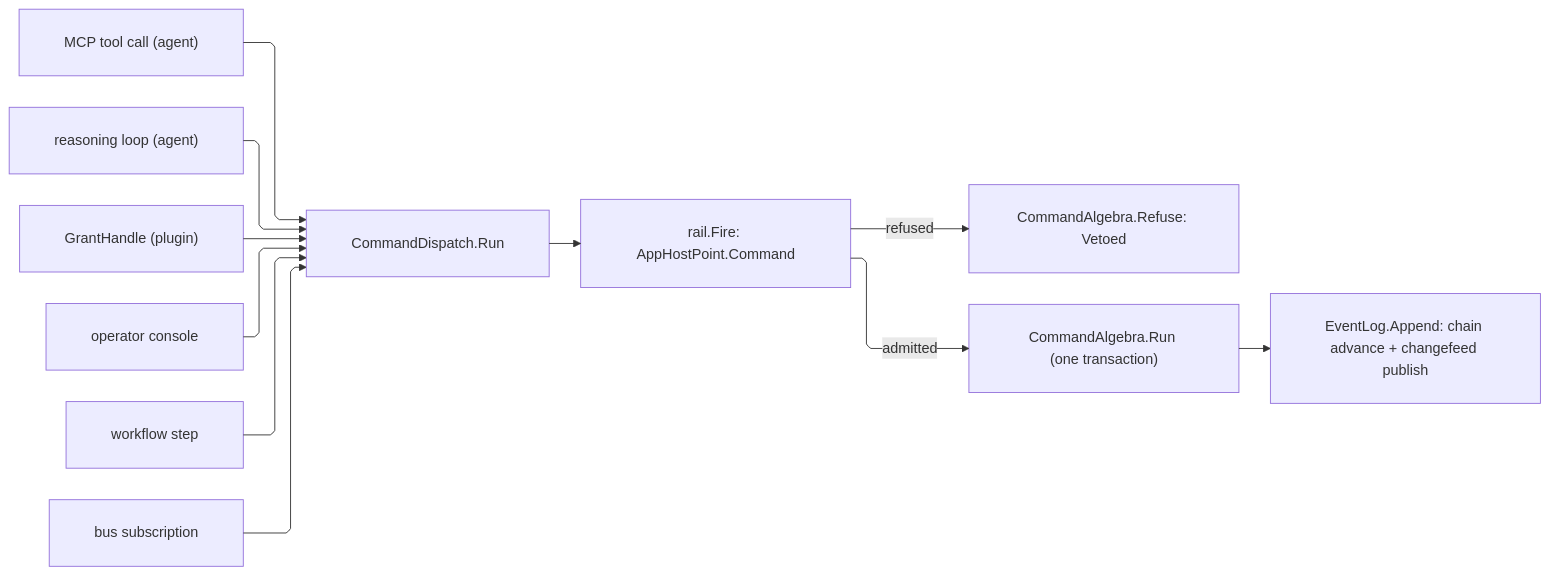
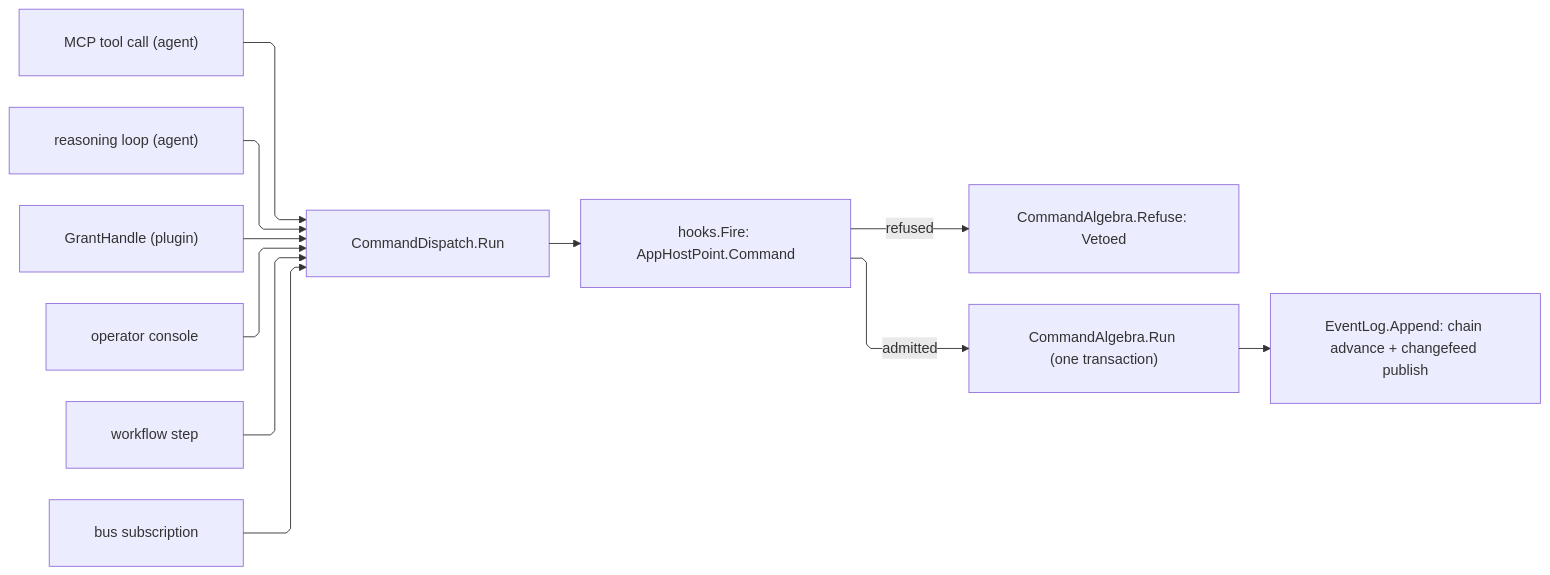
The diagram in libs/dotnet/Rasm.AppHost/.planning/Agent/runtime.md (bsamiee/Rasm), drawn with Mermaid before and after one commit. The commit also changed other lines of this file and 1997 other files, not shown here.

First line of the commit message:
docs: rename rail to result and seam to boundary across the corpus

````diff
--- a/libs/dotnet/Rasm.AppHost/.planning/Agent/runtime.md
+++ b/libs/dotnet/Rasm.AppHost/.planning/Agent/runtime.md
@@ -101,22 +101,22 @@
 ```mermaid
 ---
 config:
   layout: elk
   flowchart:
     curve: linear
     padding: 25
 ---
 flowchart LR
     accTitle: One command-dispatch front door, one veto, one chain
-    accDescr: Every caller invokes CommandDispatch.Run; the hook rail vetoes or transforms the intent, the command algebra owns the transaction, and a committed result chains into the one event log while publishing through the changefeed port.
+    accDescr: Every caller invokes CommandDispatch.Run; the dispatcher vetoes or transforms the intent, the command algebra owns the transaction, and a committed result chains into the one event log while publishing through the changefeed port.
     Mcp["MCP tool call (agent)"] --> Run
     Loop["reasoning loop (agent)"] --> Run
     Plugin["GrantHandle (plugin)"] --> Run
     Operator["operator console"] --> Run
     Step["workflow step"] --> Run
     Sub["bus subscription"] --> Run
-    Run["CommandDispatch.Run"] --> Veto["rail.Fire: AppHostPoint.Command"]
+    Run["CommandDispatch.Run"] --> Veto["hooks.Fire: AppHostPoint.Command"]
     Veto -->|refused| Refuse["CommandAlgebra.Refuse: Vetoed"]
     Veto -->|admitted| Algebra["CommandAlgebra.Run (one transaction)"]
     Algebra --> Chain["EventLog.Append: chain advance + changefeed publish"]
 ```
````
